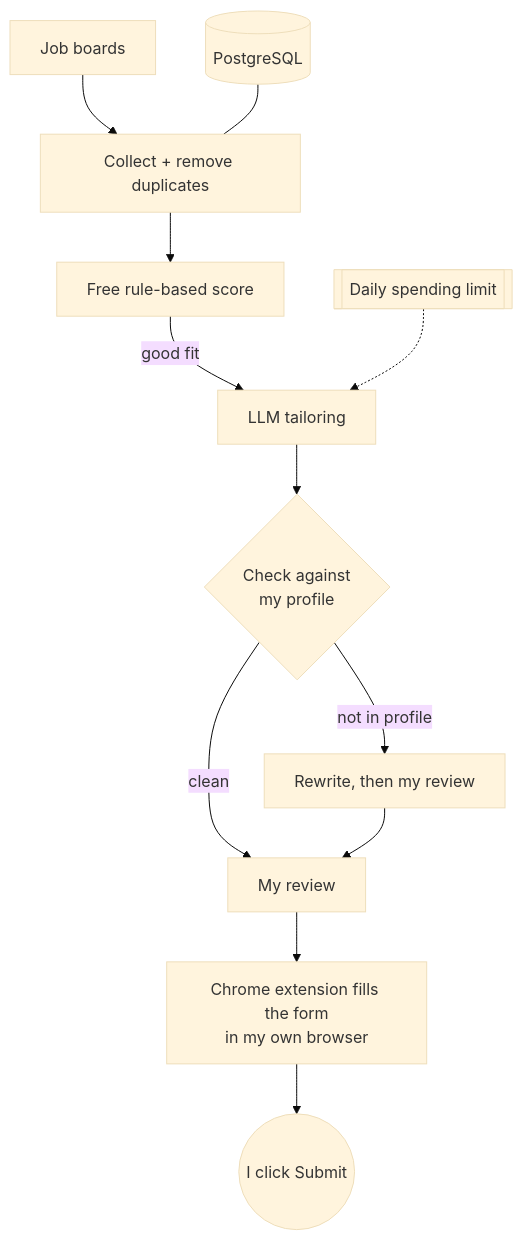
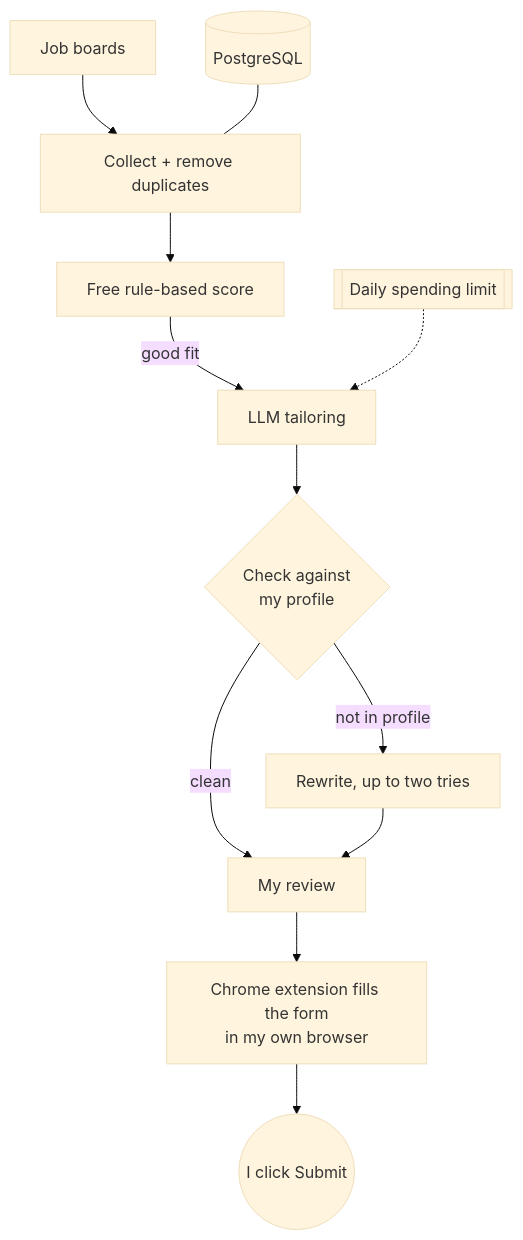
Before and after one commit to Deshraj-Jogiya/Deshraj-Jogiya: the diagram in README.md, drawn with Mermaid (base theme).

Commit message:
Name the rewrite step in the Career Pilot diagram

````diff
--- a/README.md
+++ b/README.md
@@ -35,14 +35,14 @@
 ```mermaid
 flowchart TD
     B[Job boards] --> I[Collect + remove duplicates]
     C[(PostgreSQL)] --- I
     I --> S[Free rule-based score]
     S -- good fit --> L[LLM tailoring]
     K[[Daily spending limit]] -.-> L
     L --> G{Check against<br/>my profile}
-    G -- not in profile --> R[Rewrite, then my review]
+    G -- not in profile --> R[Rewrite, up to two tries]
     G -- clean --> Q[My review]
     R --> Q
     Q --> X[Chrome extension fills the form<br/>in my own browser]
     X --> H((I click Submit))
 ```
````
